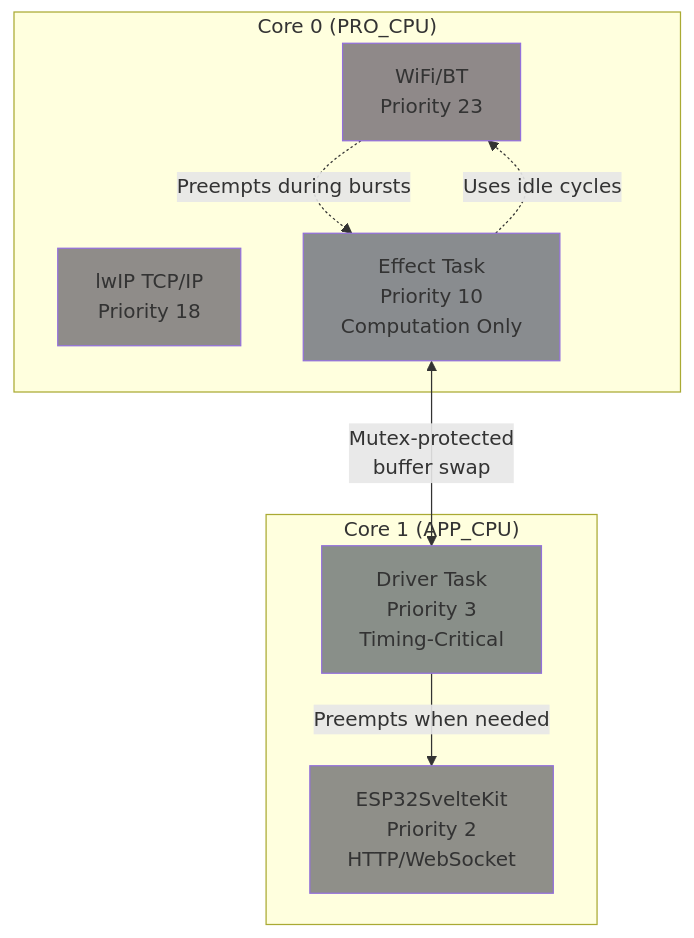
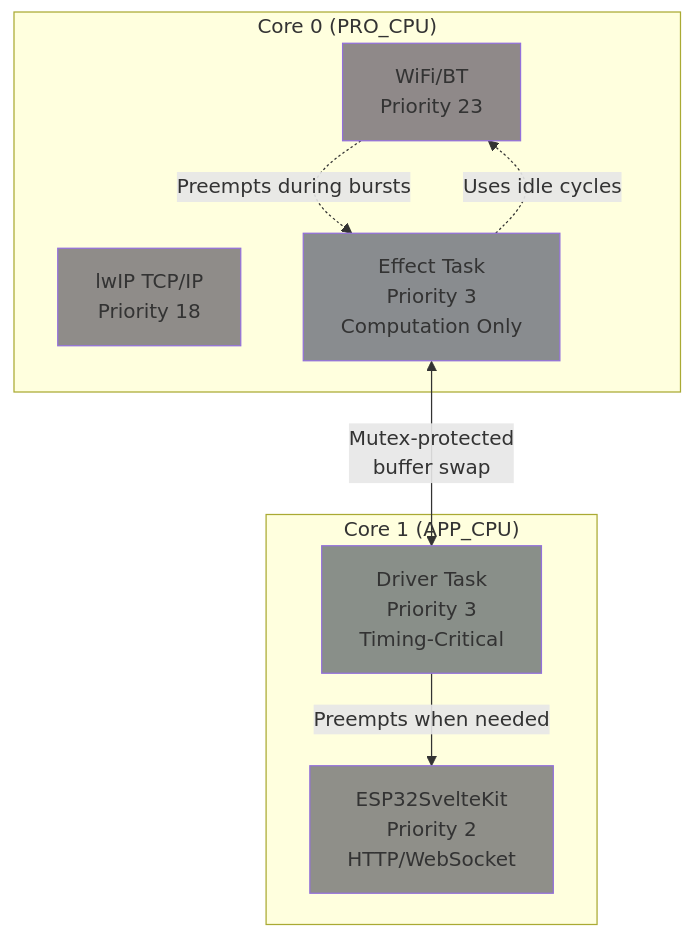
One commit to MoonModules/MoonLight changed the second of 5 diagrams in docs/develop/architecture.md. Above: the diagram before and after it, drawn with Mermaid. The commit also changed other lines of this file and 14 other files, not shown here.

````diff
--- a/docs/develop/architecture.md
+++ b/docs/develop/architecture.md
@@ -76,25 +76,25 @@
 ```mermaid
 graph TB
     subgraph Core0["Core 0 (PRO_CPU)"]
         WiFi[WiFi/BT<br/>Priority 23]
         lwIP[lwIP TCP/IP<br/>Priority 18]
-        Effect[Effect Task<br/>Priority 10<br/>Computation Only]
+        Effect[Effect Task<br/>Priority 3<br/>Computation Only]
     end
     
     subgraph Core1["Core 1 (APP_CPU)"]
         Driver[Driver Task<br/>Priority 3<br/>Timing-Critical]
         SvelteKit[ESP32SvelteKit<br/>Priority 2<br/>HTTP/WebSocket]
     end
     
     WiFi -.->|Preempts during bursts| Effect
     Effect -.->|Uses idle cycles| WiFi
     Driver -->|Preempts when needed| SvelteKit
     
     Effect <-->|Mutex-protected<br/>buffer swap| Driver
     
     style WiFi fill:#8f8989
     style lwIP fill:#8f8c89
     style Effect fill:#898c8f
     style Driver fill:#898f89
     style SvelteKit fill:#8f8f89
 ```
````
